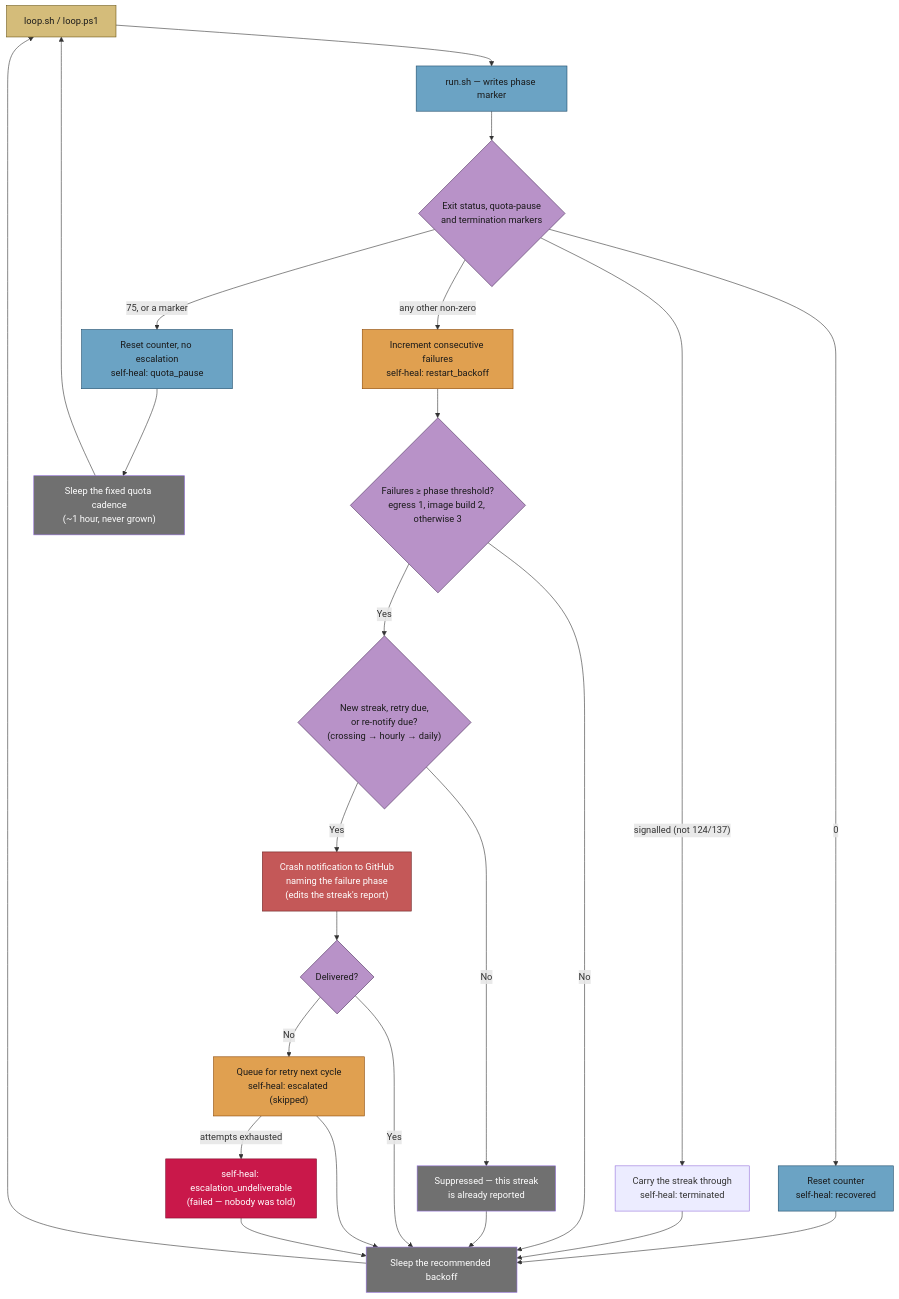
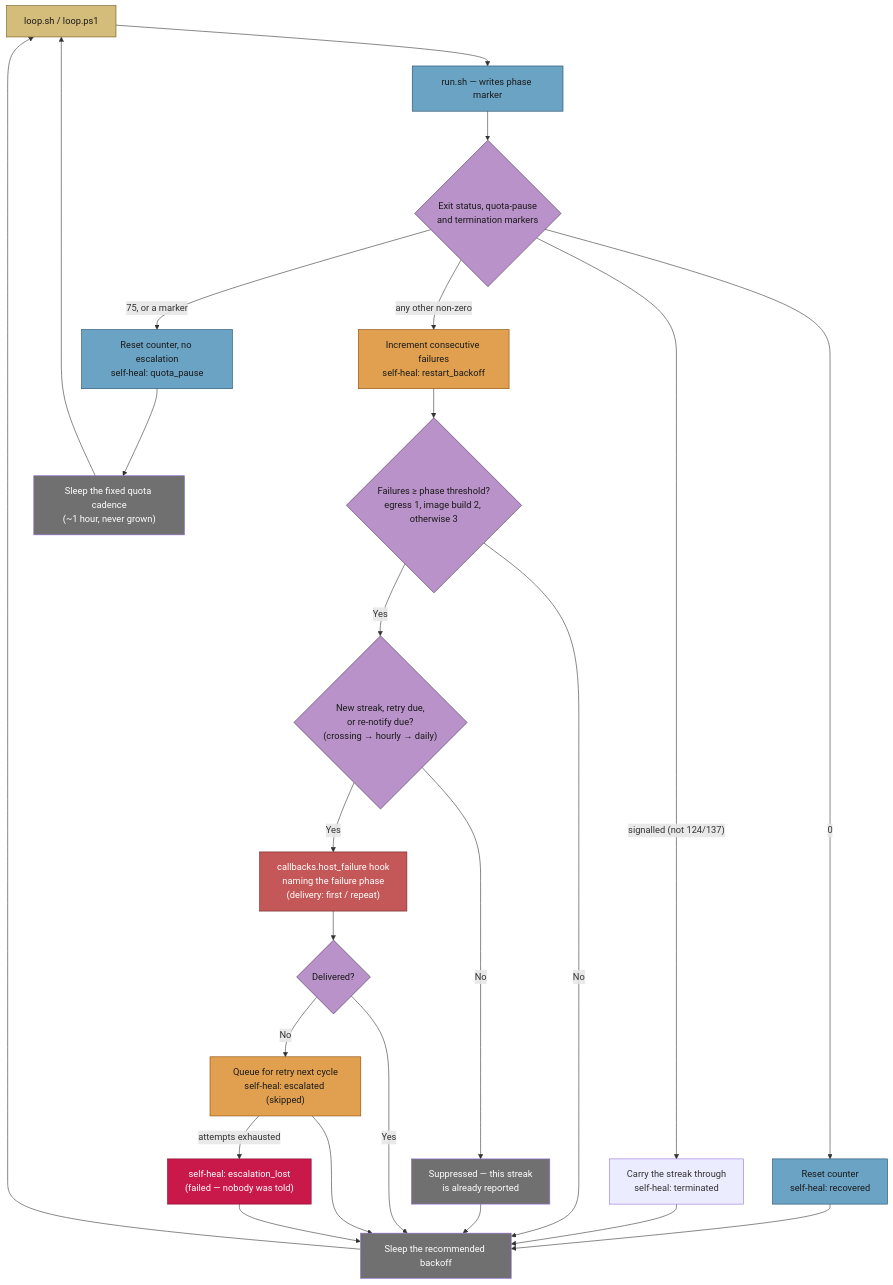
One commit to stSoftwareAU/VibeCoder changed the second of 6 diagrams in docs/workflows/resilience-and-concurrency.md. Above: the diagram before and after it, drawn with Mermaid. The commit also changed other lines of this file and 10 other files, not shown here.

First line of the commit message:
Launcher self-heal recorder escalates through callbacks.host_failure (Issue #2108)

````diff
--- a/docs/workflows/resilience-and-concurrency.md
+++ b/docs/workflows/resilience-and-concurrency.md
@@ -99,48 +99,48 @@
 ```mermaid
 flowchart TD
   Loop["loop.sh / loop.ps1"]
   Launch["run.sh — writes phase marker"]
   Status{"Exit status, quota-pause<br/>and termination markers"}
   Reset["Reset counter<br/>self-heal: recovered"]
   Quota["Reset counter, no escalation<br/>self-heal: quota_pause"]
   Stopped["Carry the streak through<br/>self-heal: terminated"]
   Count["Increment consecutive failures<br/>self-heal: restart_backoff"]
   Threshold{"Failures ≥ phase threshold?<br/>egress 1, image build 2, otherwise 3"}
   Due{"New streak, retry due,<br/>or re-notify due?<br/>(crossing → hourly → daily)"}
   Dedup["Suppressed — this streak<br/>is already reported"]
-  Escalate["Crash notification to GitHub<br/>naming the failure phase<br/>(edits the streak's report)"]
+  Escalate["callbacks.host_failure hook<br/>naming the failure phase<br/>(delivery: first / repeat)"]
   Delivered{"Delivered?"}
   Queue["Queue for retry next cycle<br/>self-heal: escalated (skipped)"]
-  Lost["self-heal: escalation_undeliverable<br/>(failed — nobody was told)"]
+  Lost["self-heal: escalation_lost<br/>(failed — nobody was told)"]
   Cadence["Sleep the fixed quota cadence<br/>(~1 hour, never grown)"]
   Sleep["Sleep the recommended backoff"]
   Loop --> Launch --> Status
   Status -->|0| Reset --> Sleep
   Status -->|75, or a marker| Quota --> Cadence
   Status -->|"signalled (not 124/137)"| Stopped --> Sleep
   Status -->|any other non-zero| Count --> Threshold
   Threshold -->|No| Sleep
   Threshold -->|Yes| Due
   Due -->|No| Dedup --> Sleep
   Due -->|Yes| Escalate --> Delivered
   Delivered -->|Yes| Sleep
   Delivered -->|No| Queue --> Sleep
   Queue -->|attempts exhausted| Lost --> Sleep
   Sleep --> Loop
   Cadence --> Loop
   style Loop fill:#d4bc7a,stroke:#6b5510,color:#1a1a1a
   style Launch fill:#6ba3c4,stroke:#1d4a6a,color:#1a1a1a
   style Status fill:#b892c8,stroke:#4a2d5a,color:#1a1a1a
   style Threshold fill:#b892c8,stroke:#4a2d5a,color:#1a1a1a
   style Due fill:#b892c8,stroke:#4a2d5a,color:#1a1a1a
   style Delivered fill:#b892c8,stroke:#4a2d5a,color:#1a1a1a
   style Reset fill:#6ba3c4,stroke:#1d4a6a,color:#1a1a1a
   style Quota fill:#6ba3c4,stroke:#1d4a6a,color:#1a1a1a
   style Cadence fill:#707070,stroke:,color:#fff
   style Count fill:#e0a050,stroke:#8b4500,color:#1a1a1a
   style Dedup fill:#707070,stroke:,color:#fff
   style Escalate fill:#c45858,stroke:#6b2020,color:#fff
   style Queue fill:#e0a050,stroke:#8b4500,color:#1a1a1a
   style Lost fill:#c9184a,stroke:#800f2f,color:#fff
   style Sleep fill:#707070,stroke:,color:#fff
 ```
````
